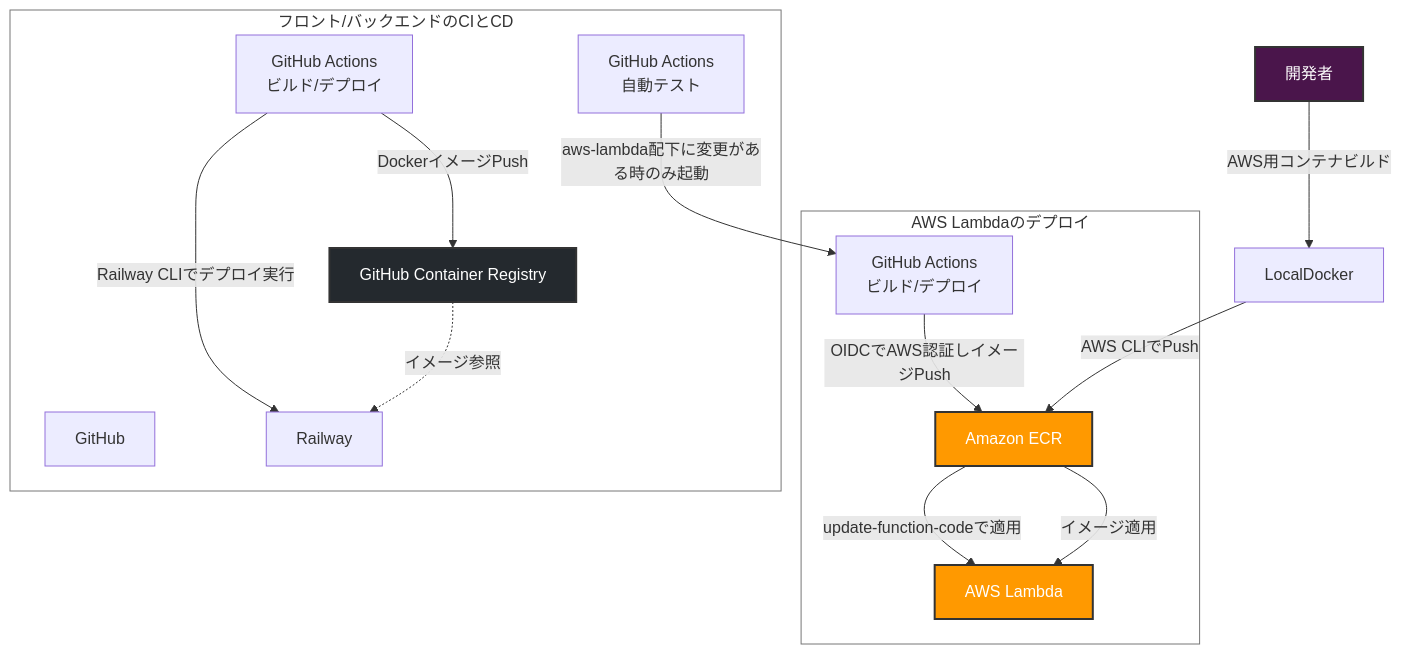
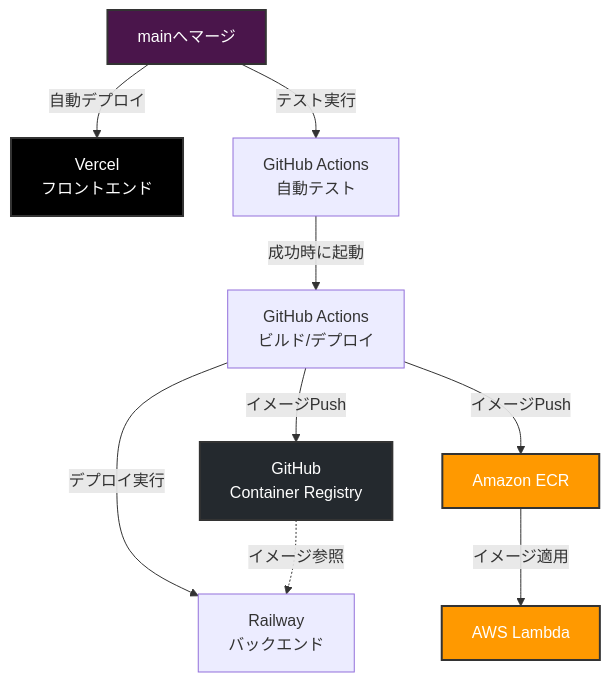
The first of 2 diagrams in README.md (masa2401/FullStack-CreateSkillSheet), drawn with Mermaid before and after one commit. The commit also changed other lines of this file and 6 other files, not shown here.

````diff
--- a/README.md
+++ b/README.md
@@ -59,38 +62,30 @@
 ```mermaid
-%%{init: {"themeVariables": {"clusterBkg": "transparent", "clusterBorder": "#777"}}}%%
 graph TD
-    Developer[開発者]
+    Merge[mainへマージ]
+    Vercel[Vercel<br>フロントエンド]
+    Test[GitHub Actions<br>自動テスト]
+    Deploy[GitHub Actions<br>ビルド/デプロイ]
+    GHCR[GitHub<br>Container Registry]
+    Railway[Railway<br>バックエンド]
+    ECR[Amazon ECR]
+    Lambda[AWS Lambda]
 
-    subgraph LambdaDeploy [AWS Lambdaのデプロイ]
-        GHALambda[GitHub Actions<br>ビルド/デプロイ]
-        ECR[Amazon ECR]
-        Lambda[AWS Lambda]
-    end
+    Merge -->|自動デプロイ| Vercel
 
-    subgraph AppDeploy [フロント/バックエンドのCIとCD]
-        GitHub[GitHub]
-        GHATest[GitHub Actions<br>自動テスト]
-        GHADeploy[GitHub Actions<br>ビルド/デプロイ]
-        GHCR[GitHub Container Registry]
-        Railway[Railway]
-    end
+    Merge -->|テスト実行| Test
+    Test -->|成功時に起動| Deploy
 
-    %% アプリ本体のデプロイフロー
-    GHATest -->|aws-lambda配下に変更がある時のみ起動| GHALambda
-    GHALambda -->|OIDCでAWS認証しイメージPush| ECR
-    ECR -->|update-function-codeで適用| Lambda
-    GHADeploy -->|DockerイメージPush| GHCR
-    GHADeploy -->|Railway CLIでデプロイ実行| Railway
+    Deploy -->|イメージPush| GHCR
+    Deploy -->|デプロイ実行| Railway
     GHCR -.->|イメージ参照| Railway
 
-    %% AWS Lambdaのデプロイフロー
-    Developer -->|AWS用コンテナビルド| LocalDocker
-    LocalDocker -->|AWS CLIでPush| ECR
+    Deploy -->|イメージPush| ECR
     ECR -->|イメージ適用| Lambda
 
     %% スタイルの設定
-    style Developer fill:#4A154B,stroke:#333,stroke-width:2px,color:#fff
+    style Merge fill:#4A154B,stroke:#333,stroke-width:2px,color:#fff
+    style Vercel fill:#000000,stroke:#333,stroke-width:2px,color:#fff
+    style GHCR fill:#24292e,stroke:#333,stroke-width:2px,color:#fff
+    style ECR fill:#FF9900,stroke:#333,stroke-width:2px,color:#fff
     style Lambda fill:#FF9900,stroke:#333,stroke-width:2px,color:#fff
-    style ECR fill:#FF9900,stroke:#333,stroke-width:2px,color:#fff
-    style GHCR fill:#24292e,stroke:#333,stroke-width:2px,color:#fff
 ```
````
